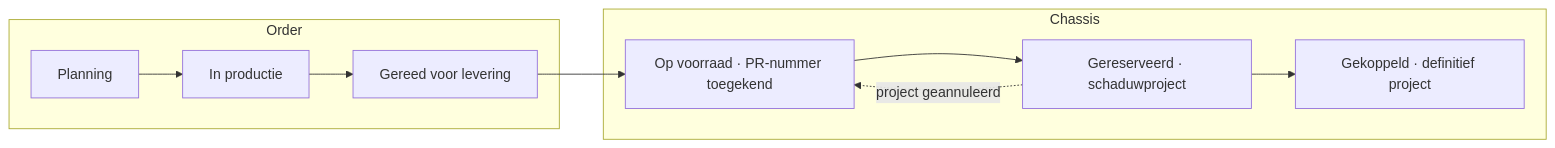
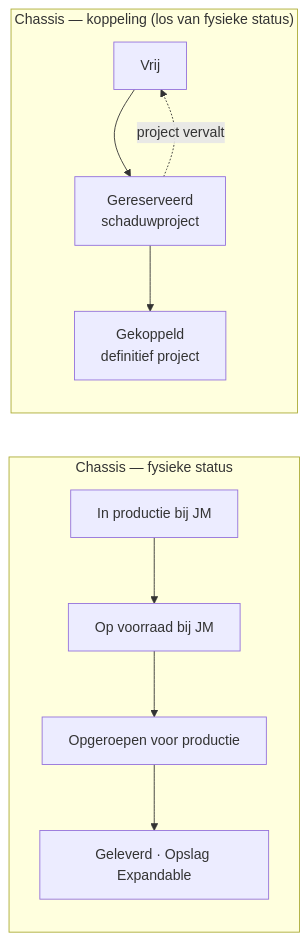
Before and after one commit to damianeersel/expandable-planner: the first of 2 diagrams in JM-CONSTRUCT-PLAN.md, drawn with Mermaid. The commit also changed other lines of this file and 1 other file, not shown here.

````diff
--- a/JM-CONSTRUCT-PLAN.md
+++ b/JM-CONSTRUCT-PLAN.md
@@ -52,12 +59,10 @@
 ```mermaid
 flowchart LR
-  subgraph Order
-    P[Planning] --> IP[In productie] --> GL[Gereed voor levering]
+  subgraph Fysiek["Chassis — fysieke status"]
+    CIP["In productie bij JM"] --> OV["Op voorraad bij JM"] --> OPG["Opgeroepen voor productie"] --> GEL["Geleverd · Opslag Expandable"]
   end
-  subgraph Chassis
-    GL --> OV["Op voorraad · PR-nummer toegekend"]
-    OV --> RES["Gereserveerd · schaduwproject"]
-    RES --> KOP["Gekoppeld · definitief project"]
-    RES -. project geannuleerd .-> OV
+  subgraph Koppeling["Chassis — koppeling (los van fysieke status)"]
+    VRIJ["Vrij"] --> RESV["Gereserveerd<br/>schaduwproject"] --> KOP["Gekoppeld<br/>definitief project"]
+    RESV -. project vervalt .-> VRIJ
   end
 ```
````
